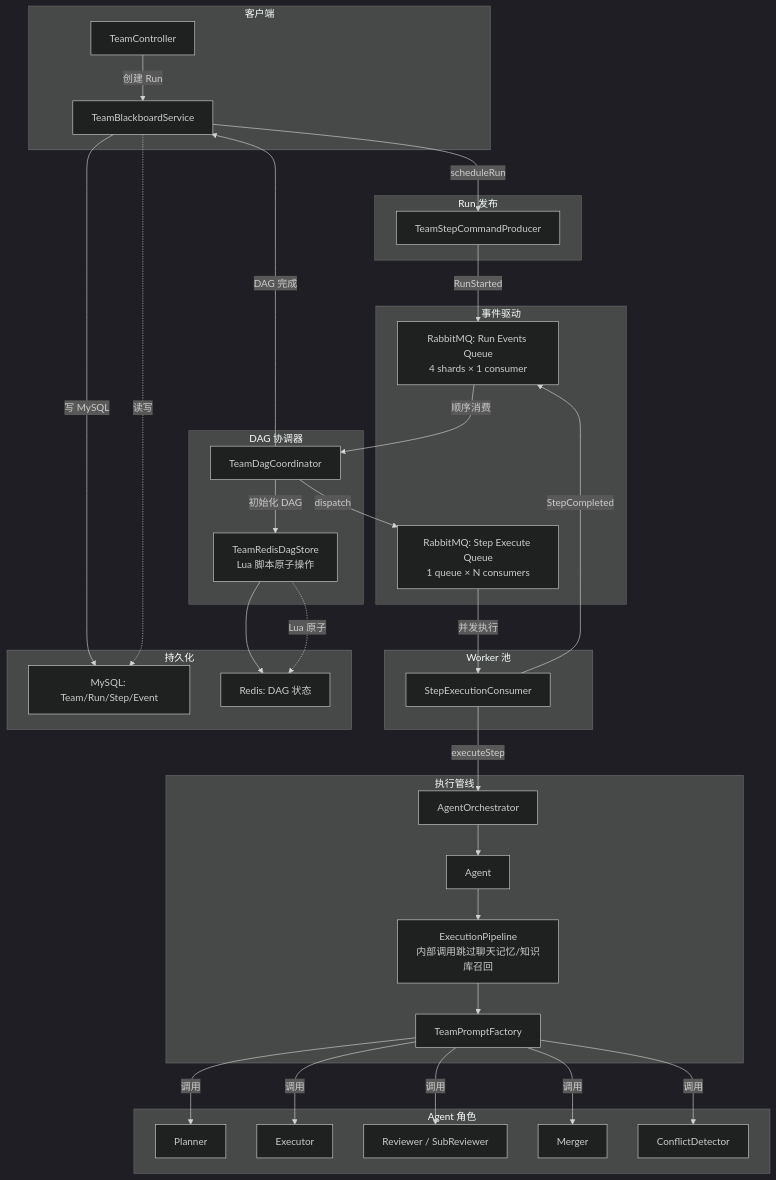
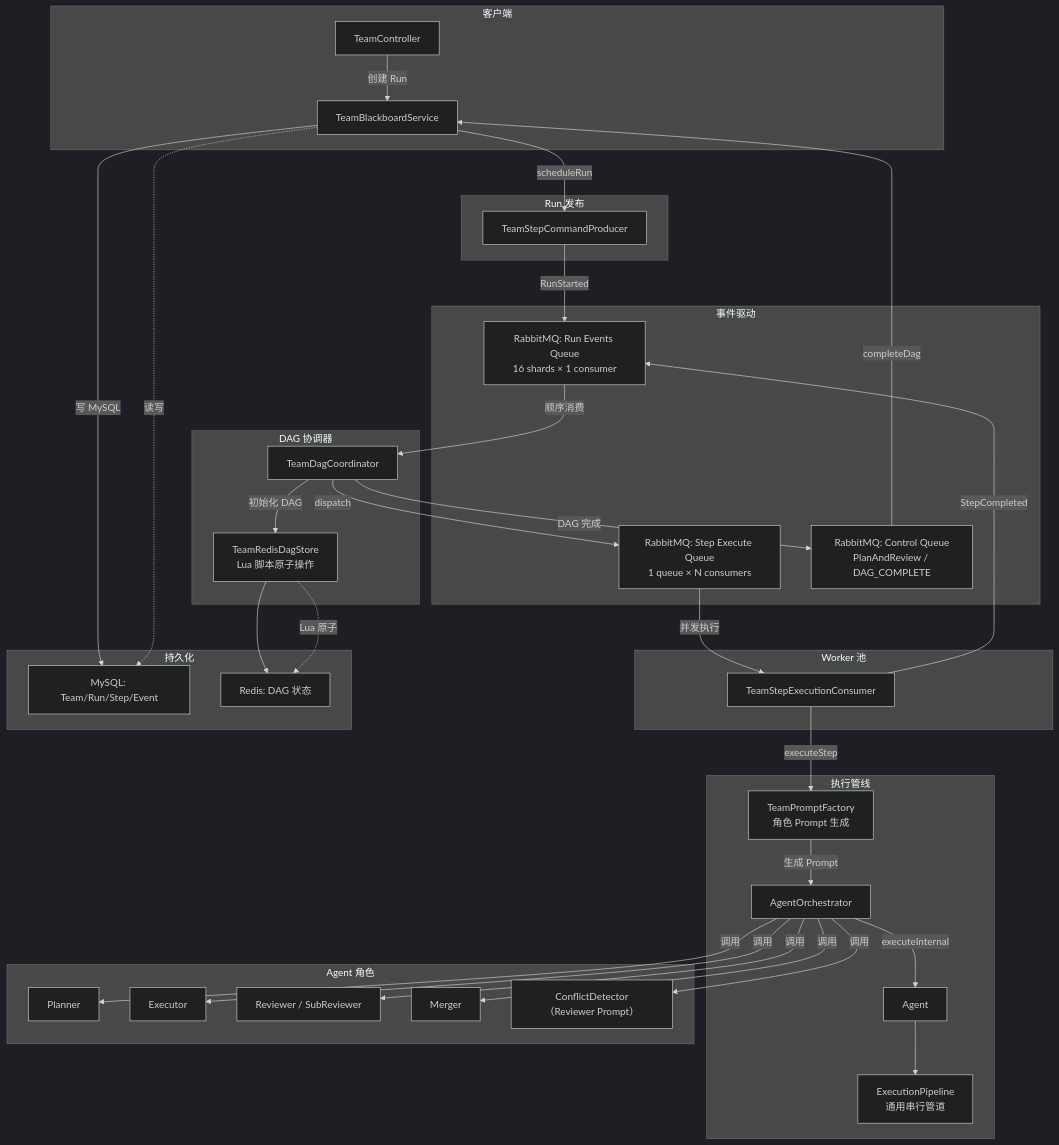
One commit to kaiyue-ai/EchoMind changed the third of 3 diagrams in README.md. Above: the diagram before and after it, drawn with Mermaid (dark theme). The commit also changed other lines of this file, not shown here.

````diff
--- a/README.md
+++ b/README.md
@@ -193,62 +194,64 @@
 ```mermaid
 flowchart TB
     subgraph Client["客户端"]
         A["TeamController"]
         A2["TeamBlackboardService"]
     end
 
     subgraph Engine["Run 发布"]
         B["TeamStepCommandProducer"]
     end
 
     subgraph Events["事件驱动"]
-        C["RabbitMQ: Run Events Queue<br/>4 shards × 1 consumer"]
+        C["RabbitMQ: Run Events Queue<br/>16 shards × 1 consumer"]
         D["RabbitMQ: Step Execute Queue<br/>1 queue × N consumers"]
+        Ctrl["RabbitMQ: Control Queue<br/>PlanAndReview / DAG_COMPLETE"]
     end
 
     subgraph Coordinator["DAG 协调器"]
         E["TeamDagCoordinator"]
         E2["TeamRedisDagStore<br/>Lua 脚本原子操作"]
     end
 
     subgraph Workers["Worker 池"]
-        F["StepExecutionConsumer"]
+        F["TeamStepExecutionConsumer"]
     end
 
     subgraph Pipeline["执行管线"]
+        J["TeamPromptFactory<br/>角色 Prompt 生成"]
         G["AgentOrchestrator"]
         H["Agent"]
-        I["ExecutionPipeline<br/>内部调用跳过聊天记忆/知识库召回"]
-        J["TeamPromptFactory"]
+        I["ExecutionPipeline<br/>通用串行管道"]
     end
 
     subgraph Roles["Agent 角色"]
         K["Planner"]
         L["Executor"]
         M["Reviewer / SubReviewer"]
         N["Merger"]
-        O["ConflictDetector"]
+        O["ConflictDetector（Reviewer Prompt）"]
     end
 
     subgraph Storage["持久化"]
         P["MySQL: Team/Run/Step/Event"]
         Q["Redis: DAG 状态"]
     end
 
     A -->|创建 Run| A2 -->|写 MySQL| P
     A2 -->|scheduleRun| B -->|RunStarted| C
     C -->|顺序消费| E
     E -->|初始化 DAG| E2 --> Q
     E -->|dispatch| D
     D -->|并发执行| F
-    F -->|executeStep| G --> H --> I
-    I --> J -->|调用| K
-    J -->|调用| L
-    J -->|调用| M
-    J -->|调用| N
-    J -->|调用| O
+    F -->|executeStep| J -->|生成 Prompt| G -->|executeInternal| H --> I
+    G -->|调用| K
+    G -->|调用| L
+    G -->|调用| M
+    G -->|调用| N
+    G -->|调用| O
     F -->|StepCompleted| C
-    E -->|DAG 完成| A2
+    E -->|DAG 完成| Ctrl
+    Ctrl -->|completeDag| A2
     E2 -.->|Lua 原子| Q
     A2 -.->|读写| P
 ```
````
